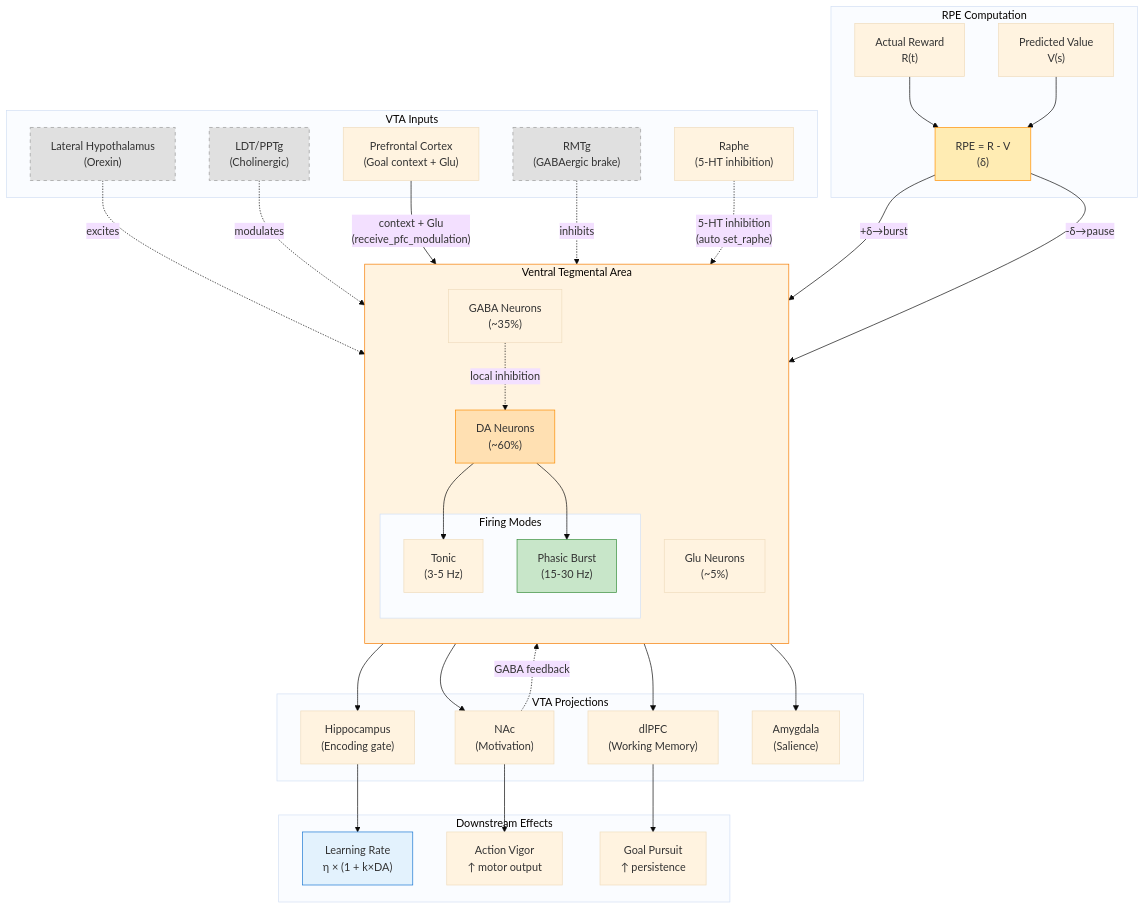
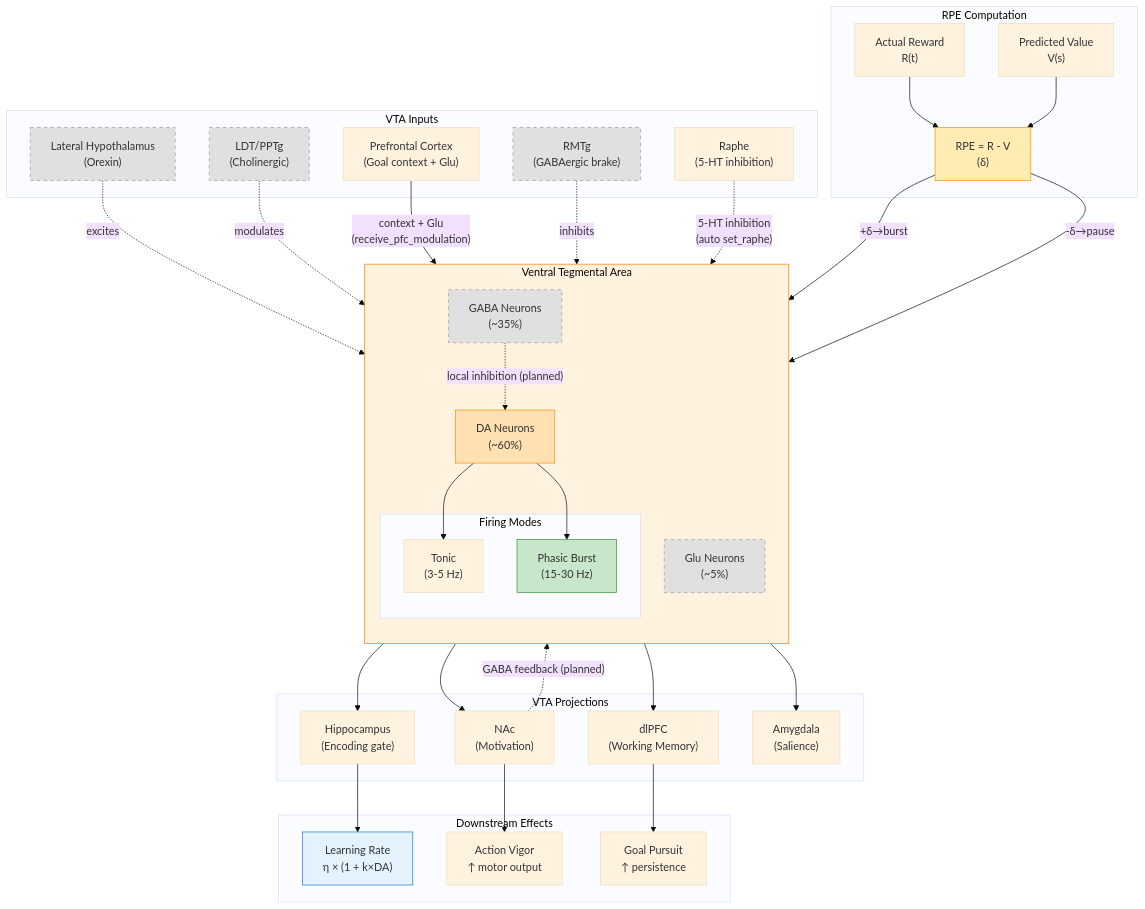
Before and after one commit to astoreyai/t4d: the diagram in docs/diagrams/vta_circuit.mermaid, drawn with Mermaid. The commit also changed 61 other files, not shown here.

```diff
--- a/docs/diagrams/vta_circuit.mermaid
+++ b/docs/diagrams/vta_circuit.mermaid
@@ -1,81 +1,81 @@
 %%{init: {'theme': 'base', 'themeVariables': { 'primaryColor': '#fff3e0'}}}%%
 flowchart TB
     subgraph Inputs["VTA Inputs"]
         LH["Lateral Hypothalamus<br/>(Orexin)"]:::planned
         LDT["LDT/PPTg<br/>(Cholinergic)"]:::planned
         PFC["Prefrontal Cortex<br/>(Goal context + Glu)"]
         RMTg["RMTg<br/>(GABAergic brake)"]:::planned
         RAPHE_IN["Raphe<br/>(5-HT inhibition)"]
     end
 
     subgraph VTA["Ventral Tegmental Area"]
         direction TB
         DA_NEURON["DA Neurons<br/>(~60%)"]
-        GABA_NEURON["GABA Neurons<br/>(~35%)"]
-        GLU_NEURON["Glu Neurons<br/>(~5%)"]
+        GABA_NEURON["GABA Neurons<br/>(~35%)"]:::planned
+        GLU_NEURON["Glu Neurons<br/>(~5%)"]:::planned
 
         subgraph Firing["Firing Modes"]
             TONIC["Tonic<br/>(3-5 Hz)"]
             PHASIC["Phasic Burst<br/>(15-30 Hz)"]
         end
     end
 
     subgraph Computation["RPE Computation"]
         REWARD["Actual Reward<br/>R(t)"]
         PREDICT["Predicted Value<br/>V(s)"]
         RPE["RPE = R - V<br/>(δ)"]
     end
 
     subgraph Outputs["VTA Projections"]
         NAC["NAc<br/>(Motivation)"]
         DLPFC["dlPFC<br/>(Working Memory)"]
         HPC["Hippocampus<br/>(Encoding gate)"]
         AMY["Amygdala<br/>(Salience)"]
     end
 
     subgraph Effects["Downstream Effects"]
         LR_MOD["Learning Rate<br/>η × (1 + k×DA)"]
         VIGOR["Action Vigor<br/>↑ motor output"]
         GOAL["Goal Pursuit<br/>↑ persistence"]
     end
 
     %% Input connections
     LH -.->|"excites"| DA_NEURON
     LDT -.->|"modulates"| DA_NEURON
     PFC -->|"context + Glu<br/>(receive_pfc_modulation)"| DA_NEURON
     RMTg -.->|"inhibits"| DA_NEURON
     RAPHE_IN -.->|"5-HT inhibition<br/>(auto set_raphe)"| DA_NEURON
 
     %% VTA internal
     DA_NEURON --> TONIC
     DA_NEURON --> PHASIC
-    GABA_NEURON -.->|"local inhibition"| DA_NEURON
+    GABA_NEURON -.->|"local inhibition (planned)"| DA_NEURON
 
     %% Computation
     REWARD --> RPE
     PREDICT --> RPE
     RPE -->|"+δ→burst"| PHASIC
     RPE -->|"-δ→pause"| TONIC
 
     %% Outputs
     DA_NEURON --> NAC
     DA_NEURON --> DLPFC
     DA_NEURON --> HPC
     DA_NEURON --> AMY
 
     %% Mesolimbic feedback loop (Watabe-Uchida 2012)
-    NAC -.->|"GABA feedback"| GABA_NEURON
+    NAC -.->|"GABA feedback (planned)"| GABA_NEURON
 
     %% Effects
     NAC --> VIGOR
     DLPFC --> GOAL
     HPC --> LR_MOD
 
     %% Styling
     classDef planned fill:#e0e0e0,stroke:#999,stroke-dasharray: 5 5
 
     style VTA fill:#fff3e0,stroke:#f57c00
     style RPE fill:#ffecb3,stroke:#ff8f00
     style DA_NEURON fill:#ffe0b2,stroke:#fb8c00
     style PHASIC fill:#c8e6c9,stroke:#388e3c
     style LR_MOD fill:#e3f2fd,stroke:#1976d2
```
